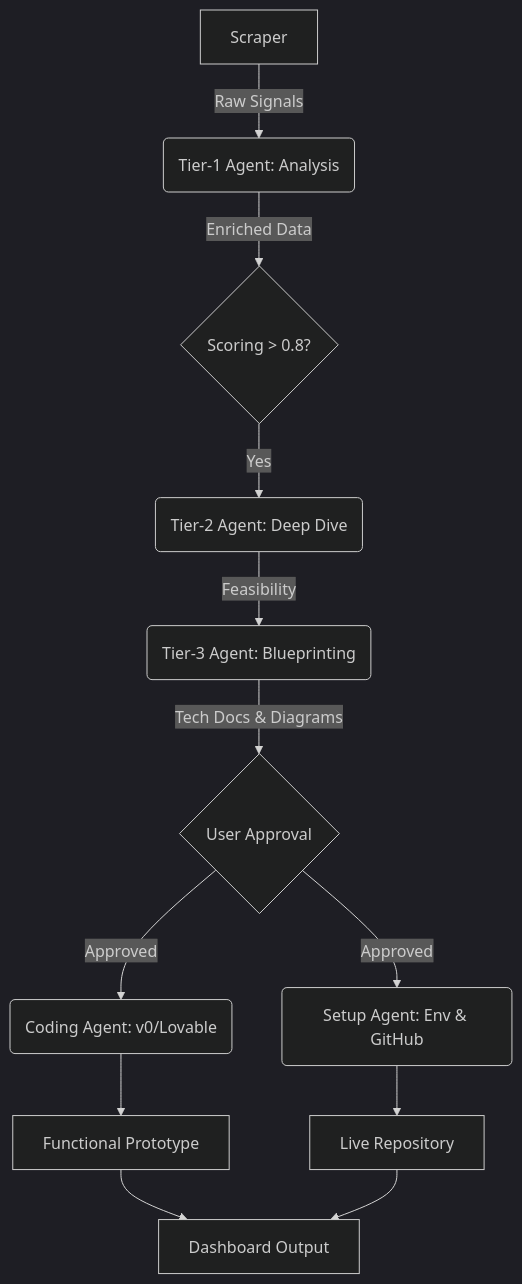
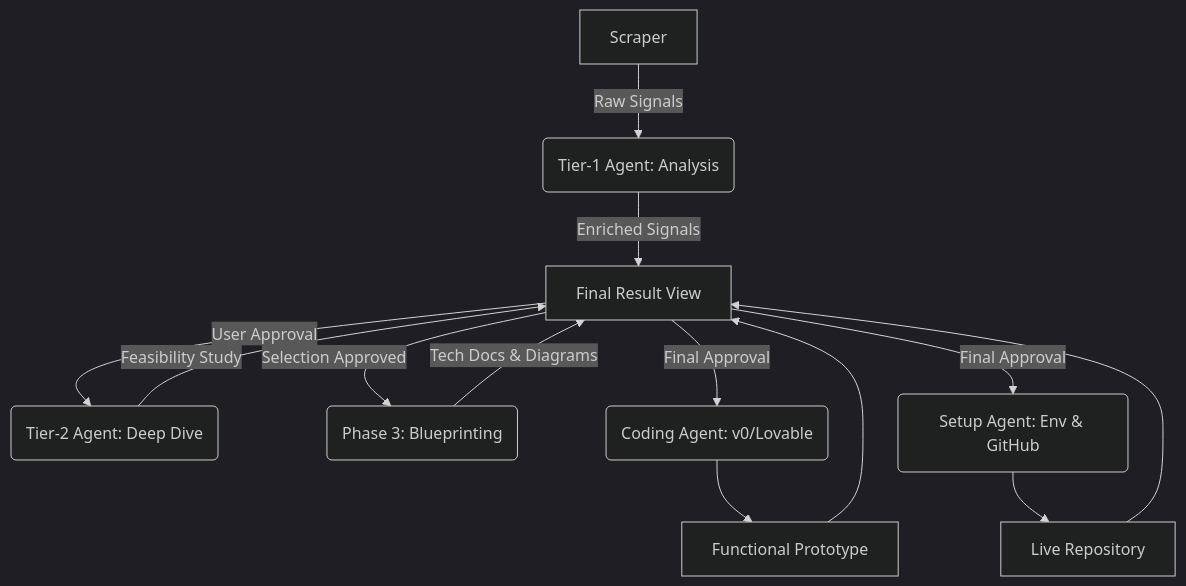
The diagram in README.md (alaa-gnt/MicroHack-3.0), drawn with Mermaid (dark theme) before and after one commit.

Commit message:
(POST HAKATHON CHANGES) : more improvemnt to readme file

````diff
--- a/README.md
+++ b/README.md
@@ -26,14 +26,15 @@
 ```mermaid
 graph TD
     A[Scraper] -->|Raw Signals| B(Tier-1 Agent: Analysis)
-    B -->|Enriched Data| C{Scoring > 0.8?}
-    C -- Yes --> D(Tier-2 Agent: Deep Dive)
-    D -->|Feasibility| E(Tier-3 Agent: Blueprinting)
-    E -->|Tech Docs & Diagrams| F{User Approval}
-    F -- Approved --> G(Coding Agent: v0/Lovable)
-    F -- Approved --> H(Setup Agent: Env & GitHub)
+    B -->|Enriched Signals| K[Dashboard Inbox]
+    K -- User Approval --> D(Tier-2 Agent: Deep Dive)
+    D -->|Feasibility Study| K
+    K -- Selection Approved --> E(Phase 3: Blueprinting)
+    E -->|Tech Docs & Diagrams| K
+    K -- Final Approval --> G(Coding Agent: v0/Lovable)
+    K -- Final Approval --> H(Setup Agent: Env & GitHub)
     G --> I[Functional Prototype]
     H --> J[Live Repository]
-    I --> K[Dashboard Output]
+    I --> K[Final Result View]
     J --> K
 ```
````
